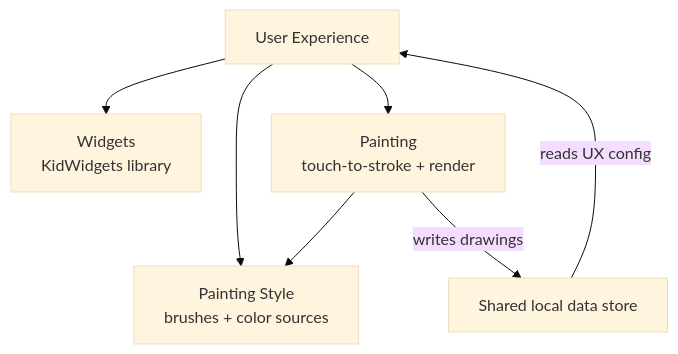
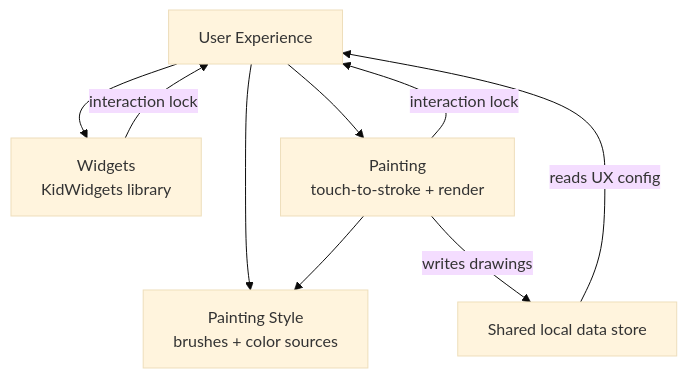
The diagram in docs/intent/kid-canvas/kid-canvas-design.md (clahey/kinderdraw), drawn with Mermaid (base theme) before and after one commit. The commit also changed other lines of this file and 36 other files, not shown here.

````diff
--- a/docs/intent/kid-canvas/kid-canvas-design.md
+++ b/docs/intent/kid-canvas/kid-canvas-design.md
@@ -25,15 +27,17 @@
 ```mermaid
 graph TD
     UX[User Experience]
     Widgets[Widgets<br/>KidWidgets library]
     Painting[Painting<br/>touch-to-stroke + render]
     Style[Painting Style<br/>brushes + color sources]
     Store[Shared local data store]
 
     UX --> Widgets
     UX --> Painting
     UX --> Style
     Painting --> Style
+    Widgets -- interaction lock --> UX
+    Painting -- interaction lock --> UX
     Store -- reads UX config --> UX
     Painting -- writes drawings --> Store
 ```
````
